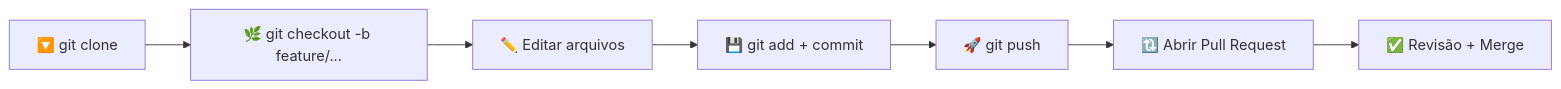
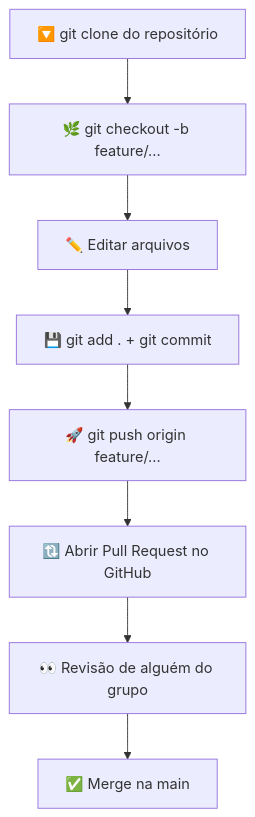
Before and after one commit to EduLoboM/Orcestra-2026.1-G04-PrismaCursos: the diagram in README.md, drawn with Mermaid. The commit also changed other lines of this file, not shown here.

Commit message:
docs: Atualiza README com mermaid e workflow

````diff
--- a/README.md
+++ b/README.md
@@ -105,9 +105,10 @@
 ```mermaid
-graph LR
-    A["🔽 git clone"] --> B["🌿 git checkout -b feature/..."]
+graph TD
+    A["🔽 git clone do repositório"] --> B["🌿 git checkout -b feature/..."]
     B --> C["✏️ Editar arquivos"]
-    C --> D["💾 git add + commit"]
-    D --> E["🚀 git push"]
-    E --> F["🔃 Abrir Pull Request"]
-    F --> G["✅ Revisão + Merge"]
+    C --> D["💾 git add . + git commit"]
+    D --> E["🚀 git push origin feature/..."]
+    E --> F["🔃 Abrir Pull Request no GitHub"]
+    F --> G["👀 Revisão de alguém do grupo"]
+    G --> H["✅ Merge na main"]
 ```
````
